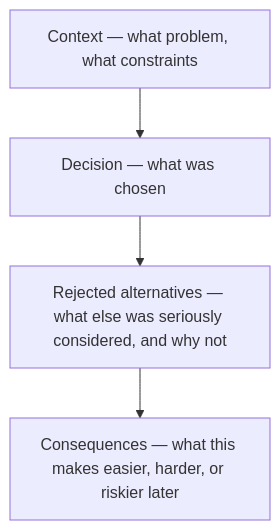
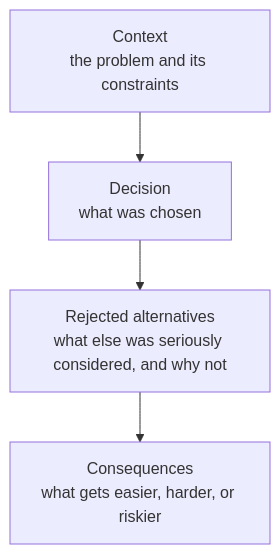
The diagram in src/content/software-design/long-term-design-judgment/L2-concept.mdx (francoandreDev/knowledge), drawn with Mermaid before and after one commit. The commit also changed other lines of this file and 16 other files, not shown here.

Commit message:
Migrate software-design closing units and architecture batch 1 (evolutionary-design, long-term-design-judgment, architecture-styles, domain-driven-design) to the three-tier exercise model

````diff
--- a/src/content/software-design/long-term-design-judgment/L2-concept.mdx
+++ b/src/content/software-design/long-term-design-judgment/L2-concept.mdx
@@ -111,6 +75,6 @@
 ```mermaid
 flowchart TD
-    A["Context — what problem, what constraints"] --> B["Decision — what was chosen"]
-    B --> C["Rejected alternatives — what else was seriously considered, and why not"]
-    C --> D["Consequences — what this makes easier, harder, or riskier later"]
+    A["Context<br/>the problem and its constraints"] --> B["Decision<br/>what was chosen"]
+    B --> C["Rejected alternatives<br/>what else was seriously considered, and why not"]
+    C --> D["Consequences<br/>what gets easier, harder, or riskier"]
 ```
````
